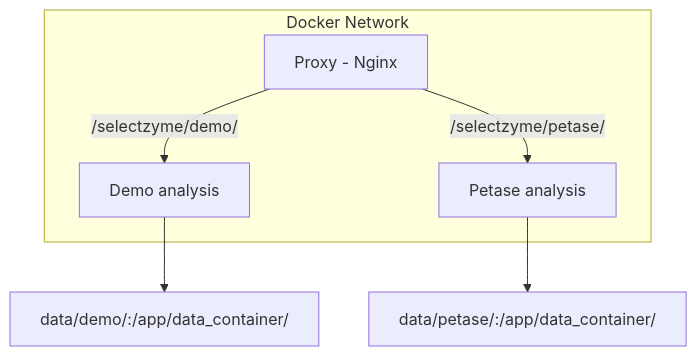
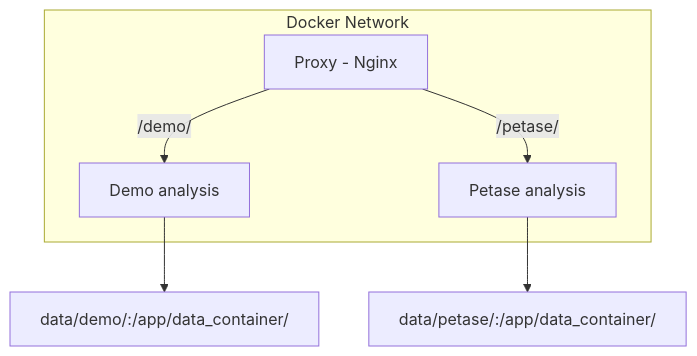
Before and after one commit to fmoorhof/SelectZyme-app: the first of 2 diagrams in README.md, drawn with Mermaid. The commit also changed other lines of this file and 5 other files, not shown here.

````diff
--- a/README.md
+++ b/README.md
@@ -34,14 +34,14 @@
 ```mermaid
 graph TD;  
     B[Demo analysis] --> D[data/demo/:/app/data_container/];
     C[Petase analysis] --> E[data/petase/:/app/data_container/];
     
-    A[Proxy - Nginx] -->|/selectzyme/demo/| B[Demo analysis];
-    A[Proxy - Nginx] -->|/selectzyme/petase/| C[Petase analysis];
+    A[Proxy - Nginx] -->|/demo/| B[Demo analysis];
+    A[Proxy - Nginx] -->|/petase/| C[Petase analysis];
     
     subgraph Docker Network;
         A[Proxy - Nginx];
         B[Demo analysis];
         C[Petase analysis];
     end
 ```
````
